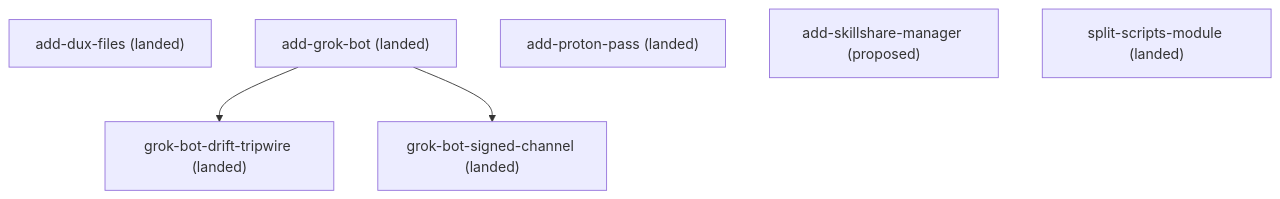
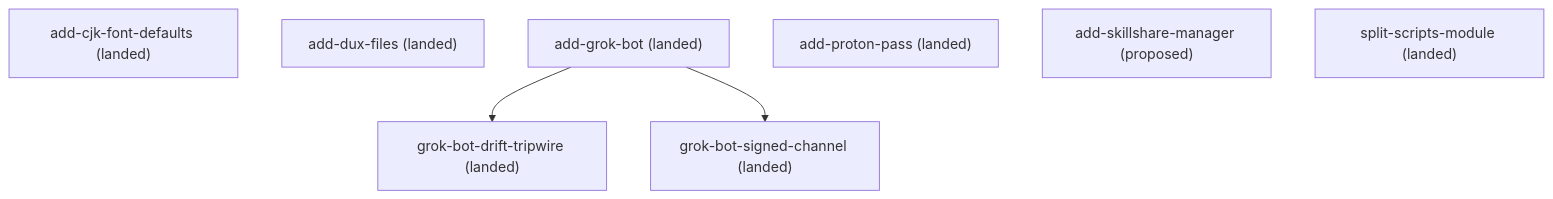
Before and after one commit to kli66/something-terrible: the diagram in docs/roadmap.md, drawn with Mermaid. The commit also changed other lines of this file and 9 other files, not shown here.

First line of the commit message:
feat: add image-wide CJK font defaults

````diff
--- a/docs/roadmap.md
+++ b/docs/roadmap.md
@@ -27,12 +28,13 @@
 ```mermaid
 flowchart TD
+    add_cjk_font_defaults["add-cjk-font-defaults (landed)"]
     add_dux_files["add-dux-files (landed)"]
     add_grok_bot["add-grok-bot (landed)"]
     add_proton_pass["add-proton-pass (landed)"]
     add_skillshare_manager["add-skillshare-manager (proposed)"]
     grok_bot_drift_tripwire["grok-bot-drift-tripwire (landed)"]
     grok_bot_signed_channel["grok-bot-signed-channel (landed)"]
     split_scripts_module["split-scripts-module (landed)"]
     add_grok_bot --> grok_bot_drift_tripwire
     add_grok_bot --> grok_bot_signed_channel
 ```
````
